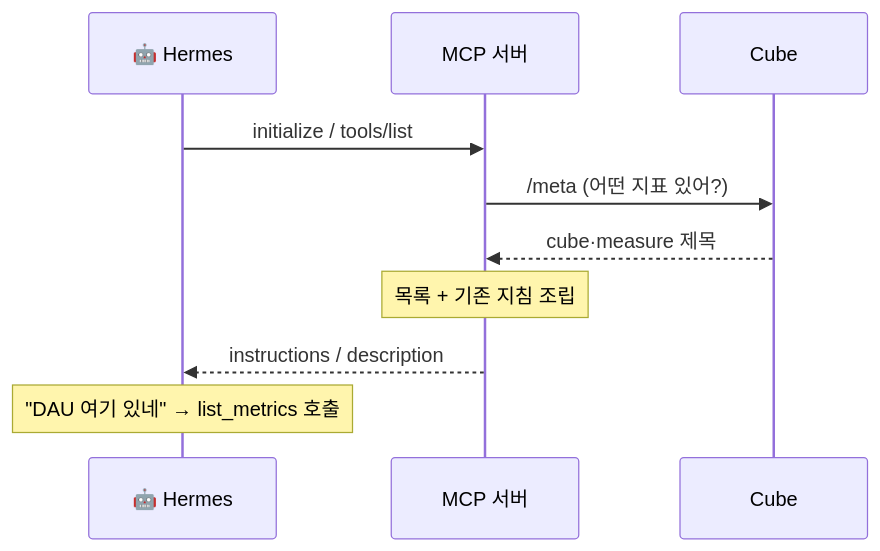
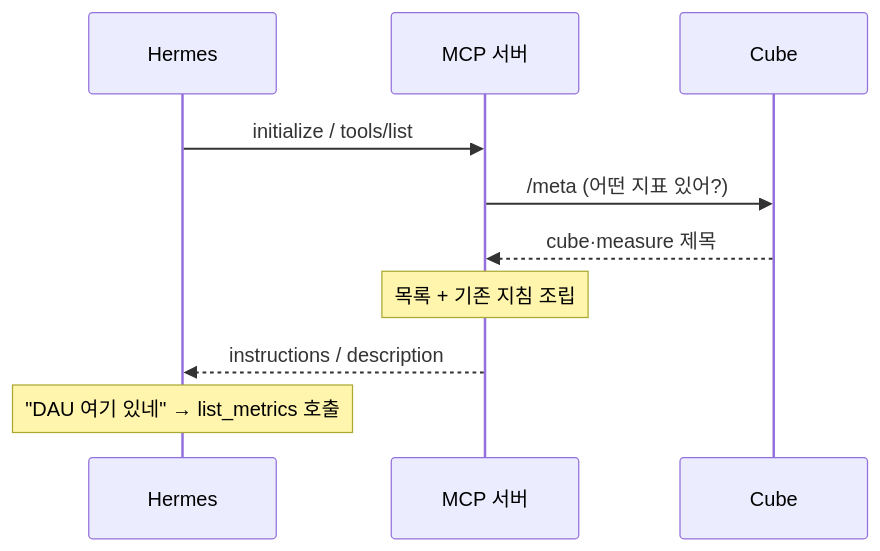
Before and after one commit to suojae/DAE_study_with_claude: the seventh of 7 diagrams in 2026/11/16-hermes-slack-bot-mcp-troubleshooting.md, drawn with Mermaid. The commit also changed other lines of this file and 6 other files, not shown here.

````diff
--- a/2026/11/16-hermes-slack-bot-mcp-troubleshooting.md
+++ b/2026/11/16-hermes-slack-bot-mcp-troubleshooting.md
@@ -196,12 +196,12 @@
 ```mermaid
 sequenceDiagram
-    participant H as 🤖 Hermes
+    participant H as Hermes
     participant M as MCP 서버
     participant C as Cube
     H->>M: initialize / tools/list
     M->>C: /meta (어떤 지표 있어?)
     C-->>M: cube·measure 제목
     Note over M: 목록 + 기존 지침 조립
     M-->>H: instructions / description
     Note over H: "DAU 여기 있네" → list_metrics 호출
 ```
````
